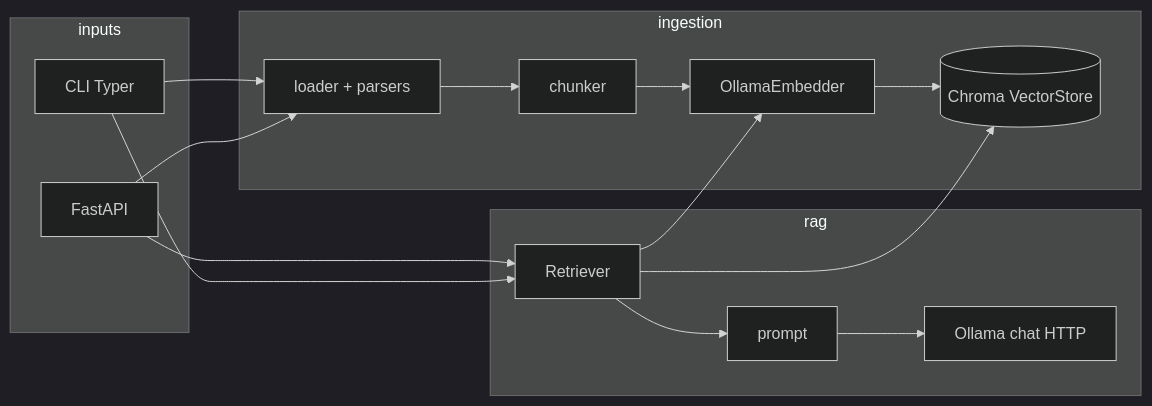
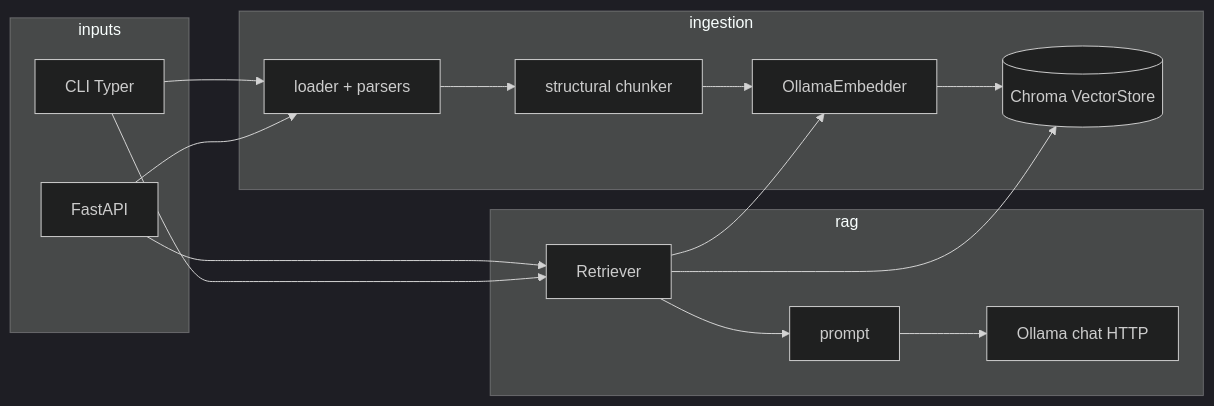
One commit to n0nuser/LocalRAG changed the diagram in docs/architecture.md. Above: the diagram before and after it, drawn with Mermaid (dark theme). The commit also changed other lines of this file and 10 other files, not shown here.

````diff
--- a/docs/architecture.md
+++ b/docs/architecture.md
@@ -9,26 +9,26 @@
 ```mermaid
 flowchart LR
   subgraph inputs
     CLI[CLI Typer]
     API[FastAPI]
   end
   subgraph ingestion
     L[loader + parsers]
-    C[chunker]
+    C[structural chunker]
     E[OllamaEmbedder]
     VS[(Chroma VectorStore)]
   end
   subgraph rag
     R[Retriever]
     P[prompt]
     LLM[Ollama chat HTTP]
   end
   CLI --> L
   API --> L
   L --> C --> E --> VS
   API --> R
   CLI --> R
   R --> VS
   R --> E
   R --> P --> LLM
 ```
````
